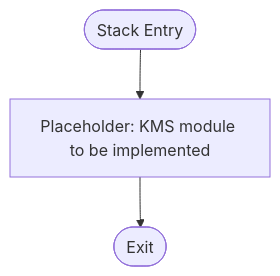
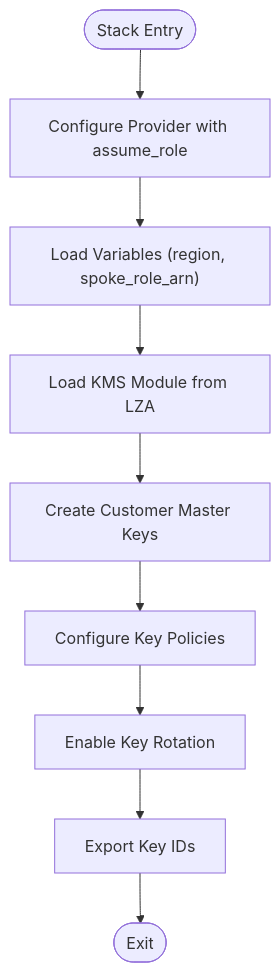
One commit to AlibabaCloudLandingZone/alibabacloud-landingzone-accelerator-github-demo changed the ninth of 12 diagrams in .qoder/repowiki/en/content/Stack Architecture/Stack Architecture.md. Above: the diagram before and after it, drawn with Mermaid. The commit also changed other lines of this file and 104 other files, not shown here.

````diff
--- a/.qoder/repowiki/en/content/Stack Architecture/Stack Architecture.md
+++ b/.qoder/repowiki/en/content/Stack Architecture/Stack Architecture.md
@@ -261,5 +351,11 @@
 ```mermaid
 flowchart TD
-Start(["Stack Entry"]) --> Placeholder["Placeholder: KMS module to be implemented"]
-Placeholder --> End(["Exit"])
+Start(["Stack Entry"]) --> Provider["Configure Provider with assume_role"]
+Provider --> Variables["Load Variables (region, spoke_role_arn)"]
+Variables --> Module["Load KMS Module from LZA"]
+Module --> Keys["Create Customer Master Keys"]
+Keys --> Policies["Configure Key Policies"]
+Policies --> Rotation["Enable Key Rotation"]
+Rotation --> Outputs["Export Key IDs"]
+Outputs --> End(["Exit"])
 ```
````
